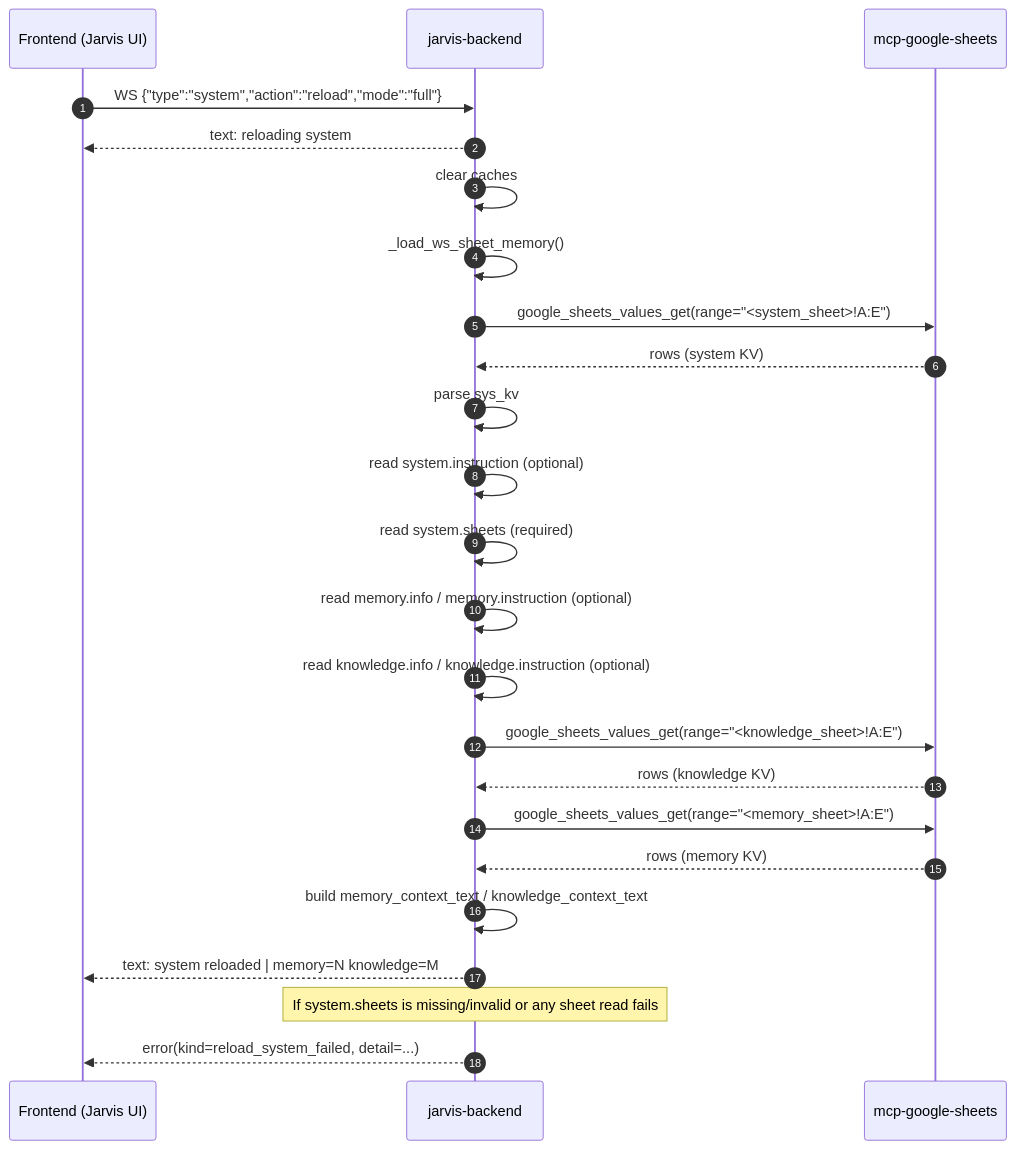
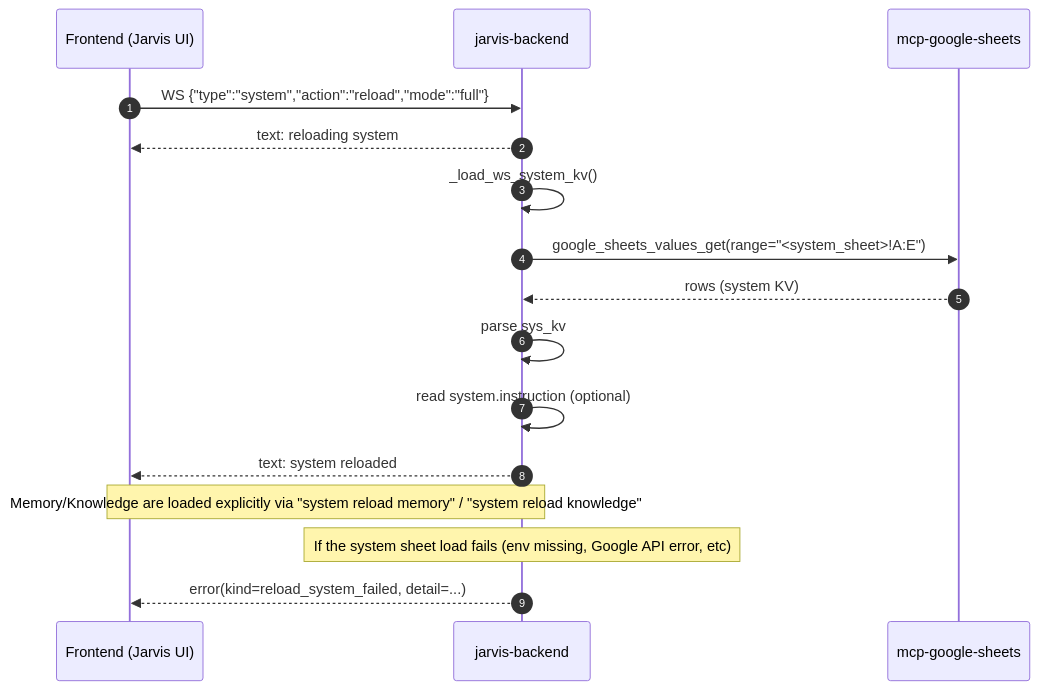
The first of 3 diagrams in services/assistance/docs/SYSTEM.md (tonezzz/chaba), drawn with Mermaid before and after one commit. The commit also changed other lines of this file and 1 other file, not shown here.

Commit message:
jarvis: sys-only system reload

````diff
--- a/services/assistance/docs/SYSTEM.md
+++ b/services/assistance/docs/SYSTEM.md
@@ -44,33 +58,23 @@
 ```mermaid
 sequenceDiagram
   autonumber
   participant FE as Frontend (Jarvis UI)
   participant BE as jarvis-backend
   participant MCP as mcp-google-sheets
 
   FE->>BE: WS {"type":"system","action":"reload","mode":"full"}
   BE-->>FE: text: reloading system
 
-  BE->>BE: clear caches
-  BE->>BE: _load_ws_sheet_memory()
+  BE->>BE: _load_ws_system_kv()
   BE->>MCP: google_sheets_values_get(range="<system_sheet>!A:E")
   MCP-->>BE: rows (system KV)
 
   BE->>BE: parse sys_kv
   BE->>BE: read system.instruction (optional)
-  BE->>BE: read system.sheets (required)
-  BE->>BE: read memory.info / memory.instruction (optional)
-  BE->>BE: read knowledge.info / knowledge.instruction (optional)
+  BE-->>FE: text: system reloaded
 
-  BE->>MCP: google_sheets_values_get(range="<knowledge_sheet>!A:E")
-  MCP-->>BE: rows (knowledge KV)
+  Note over FE,BE: Memory/Knowledge are loaded explicitly via "system reload memory" / "system reload knowledge"
 
-  BE->>MCP: google_sheets_values_get(range="<memory_sheet>!A:E")
-  MCP-->>BE: rows (memory KV)
-
-  BE->>BE: build memory_context_text / knowledge_context_text
-  BE-->>FE: text: system reloaded | memory=N knowledge=M
-
-  Note over BE: If system.sheets is missing/invalid or any sheet read fails
+  Note over BE: If the system sheet load fails (env missing, Google API error, etc)
   BE-->>FE: error(kind=reload_system_failed, detail=...)
 ```
````
